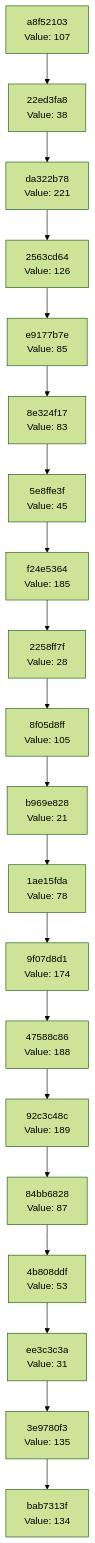
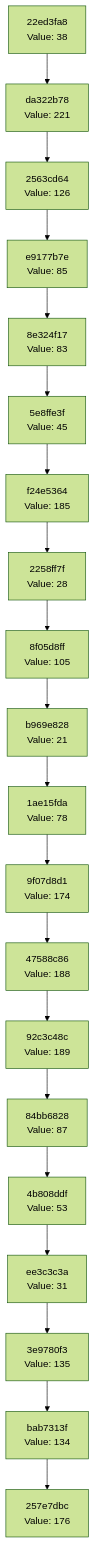
Before and after one commit to Abhisheksinha1506/hash-chain-evolver: the diagram in docs/CHAIN_VISUALIZATION.md, drawn with Mermaid (forest theme). The commit also changed 2 other files, not shown here.

Commit message:
Evolution Step

````diff
--- a/docs/CHAIN_VISUALIZATION.md
+++ b/docs/CHAIN_VISUALIZATION.md
@@ -3,42 +3,42 @@
 ```mermaid
 graph TD
-    C0["bab7313f<br/>Value: 134"]
-    C1["3e9780f3<br/>Value: 135"]
+    C0["257e7dbc<br/>Value: 176"]
+    C1["bab7313f<br/>Value: 134"]
     C1 --> C0
-    C2["ee3c3c3a<br/>Value: 31"]
+    C2["3e9780f3<br/>Value: 135"]
     C2 --> C1
-    C3["4b808ddf<br/>Value: 53"]
+    C3["ee3c3c3a<br/>Value: 31"]
     C3 --> C2
-    C4["84bb6828<br/>Value: 87"]
+    C4["4b808ddf<br/>Value: 53"]
     C4 --> C3
-    C5["92c3c48c<br/>Value: 189"]
+    C5["84bb6828<br/>Value: 87"]
     C5 --> C4
-    C6["47588c86<br/>Value: 188"]
+    C6["92c3c48c<br/>Value: 189"]
     C6 --> C5
-    C7["9f07d8d1<br/>Value: 174"]
+    C7["47588c86<br/>Value: 188"]
     C7 --> C6
-    C8["1ae15fda<br/>Value: 78"]
+    C8["9f07d8d1<br/>Value: 174"]
     C8 --> C7
-    C9["b969e828<br/>Value: 21"]
+    C9["1ae15fda<br/>Value: 78"]
     C9 --> C8
-    C10["8f05d8ff<br/>Value: 105"]
+    C10["b969e828<br/>Value: 21"]
     C10 --> C9
-    C11["2258ff7f<br/>Value: 28"]
+    C11["8f05d8ff<br/>Value: 105"]
     C11 --> C10
-    C12["f24e5364<br/>Value: 185"]
+    C12["2258ff7f<br/>Value: 28"]
     C12 --> C11
-    C13["5e8ffe3f<br/>Value: 45"]
+    C13["f24e5364<br/>Value: 185"]
     C13 --> C12
-    C14["8e324f17<br/>Value: 83"]
+    C14["5e8ffe3f<br/>Value: 45"]
     C14 --> C13
-    C15["e9177b7e<br/>Value: 85"]
+    C15["8e324f17<br/>Value: 83"]
     C15 --> C14
-    C16["2563cd64<br/>Value: 126"]
+    C16["e9177b7e<br/>Value: 85"]
     C16 --> C15
-    C17["da322b78<br/>Value: 221"]
+    C17["2563cd64<br/>Value: 126"]
     C17 --> C16
-    C18["22ed3fa8<br/>Value: 38"]
+    C18["da322b78<br/>Value: 221"]
     C18 --> C17
-    C19["a8f52103<br/>Value: 107"]
+    C19["22ed3fa8<br/>Value: 38"]
     C19 --> C18
 ```
````
